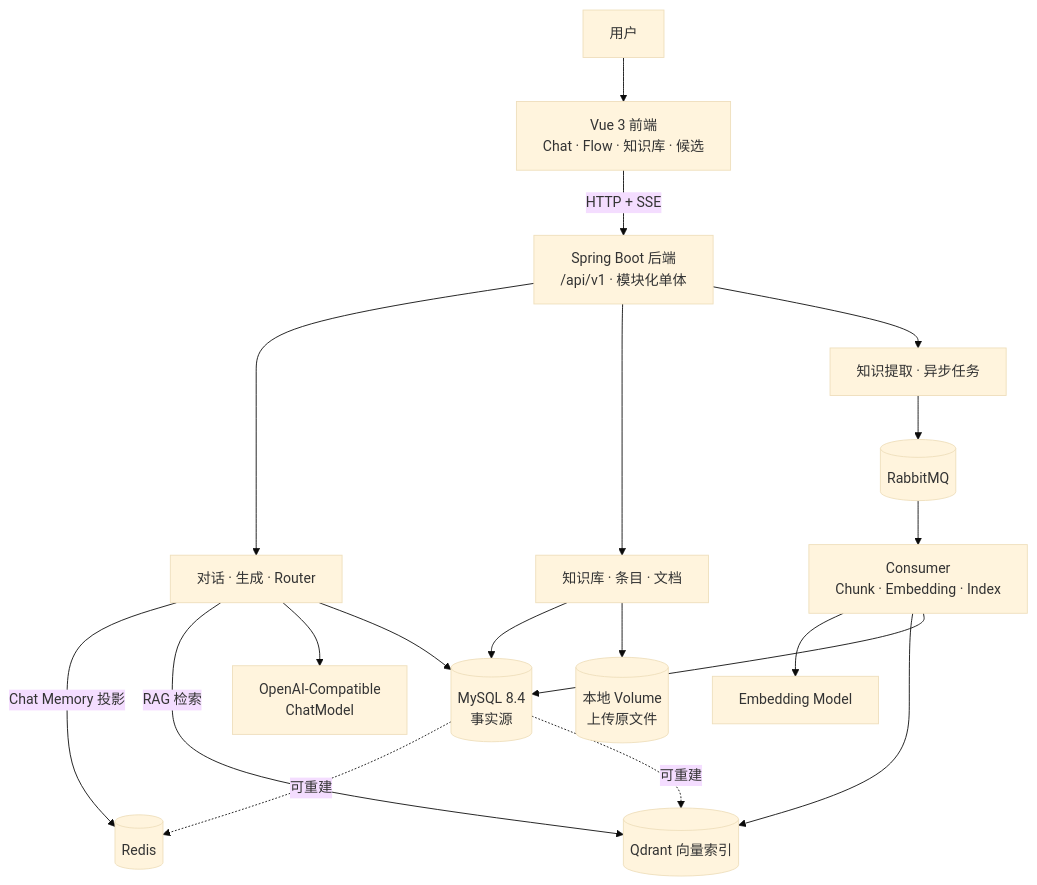
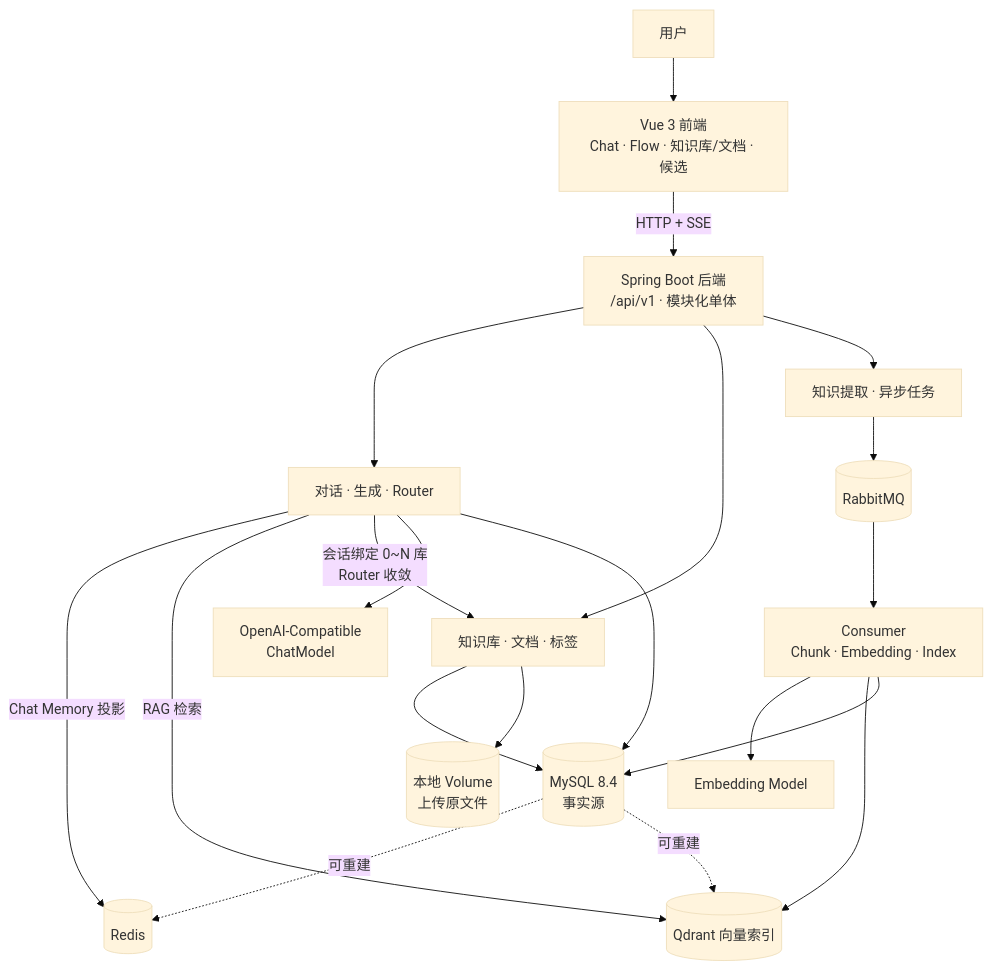
One commit to MoonRounds/knowflow-sanjin changed the fourth of 4 diagrams in README.md. Above: the diagram before and after it, drawn with Mermaid (base theme). The commit also changed other lines of this file, not shown here.

````diff
--- a/README.md
+++ b/README.md
@@ -120,23 +134,24 @@
 ```mermaid
 graph TD
-    U["用户"] --> V["Vue 3 前端<br/>Chat · Flow · 知识库 · 候选"]
+    U["用户"] --> V["Vue 3 前端<br/>Chat · Flow · 知识库/文档 · 候选"]
     V -->|HTTP + SSE| B["Spring Boot 后端<br/>/api/v1 · 模块化单体"]
     B --> C["对话 · 生成 · Router"]
-    B --> K["知识库 · 条目 · 文档"]
+    B --> K["知识库 · 文档 · 标签"]
     B --> E["知识提取 · 异步任务"]
 
     C -->|Chat Memory 投影| R[("Redis")]
     C -->|RAG 检索| Q[("Qdrant 向量索引")]
+    C -->|会话绑定 0~N 库<br/>Router 收敛| K
     C --> LLM["OpenAI-Compatible<br/>ChatModel"]
     E --> MQ[("RabbitMQ")]
     MQ --> W["Consumer<br/>Chunk · Embedding · Index"]
     W --> EMB["Embedding Model"]
     W --> Q
     C --> M[("MySQL 8.4<br/>事实源")]
     K --> M
     K --> FS[("本地 Volume<br/>上传原文件")]
     W --> M
 
     M -. 可重建 .-> R
     M -. 可重建 .-> Q
 ```
````
